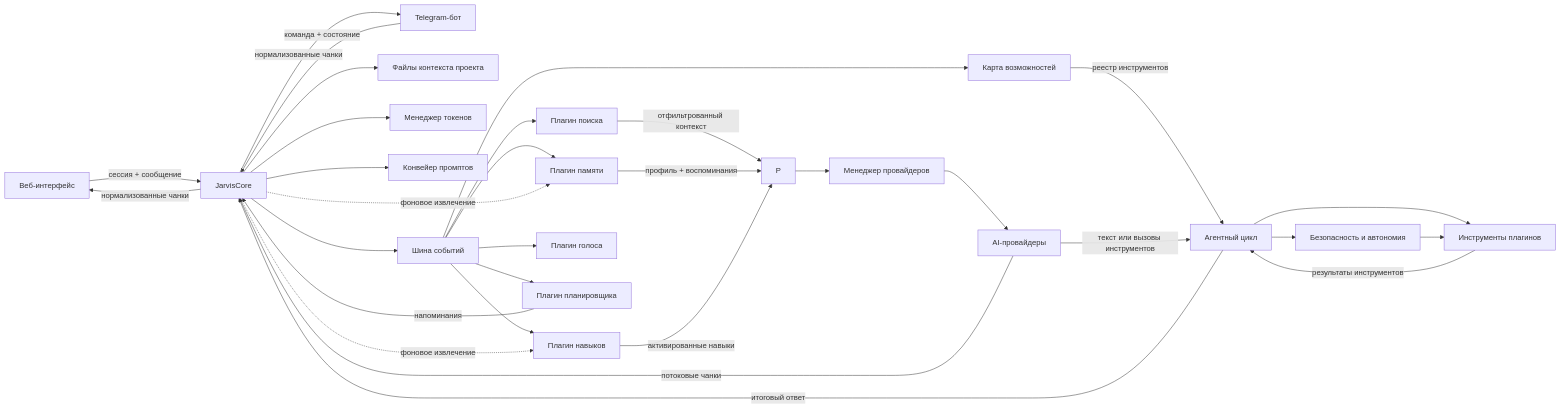
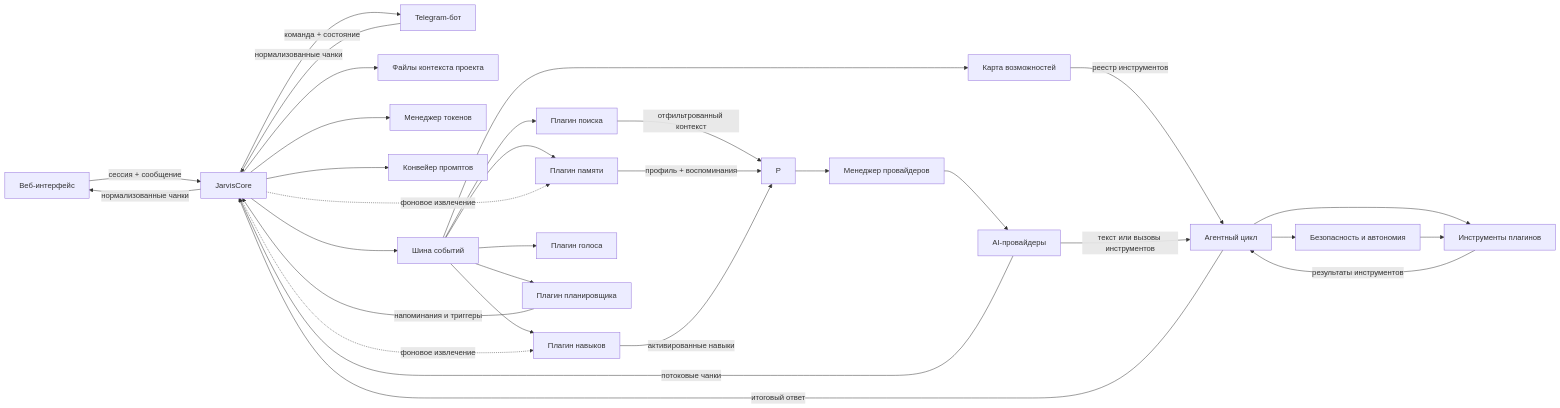
Before and after one commit to NWing1202/JARVIS-Case-Study: the diagram in docs/architecture.md, drawn with Mermaid. The commit also changed other lines of this file and 4 other files, not shown here.

````diff
--- a/docs/architecture.md
+++ b/docs/architecture.md
@@ -9,33 +9,33 @@
 ```mermaid
 flowchart LR
   W[Веб-интерфейс] -->|сессия + сообщение| C[JarvisCore]
   T[Telegram-бот] -->|команда + состояние| C
   C --> CF[Файлы контекста проекта]
   C --> TM[Менеджер токенов]
   C --> PP[Конвейер промптов]
   C --> EB[Шина событий]
   EB --> S[Плагин поиска]
   EB --> M[Плагин памяти]
   EB --> K[Плагин навыков]
   EB --> V[Плагин голоса]
   EB --> R[Плагин планировщика]
   EB --> G[Карта возможностей]
   S -->|отфильтрованный контекст| P
   M -->|профиль + воспоминания| P
   K -->|активированные навыки| P
-  R -->|напоминания| C
+  R -->|напоминания и триггеры| C
   G -->|реестр инструментов| AL
   P --> PM[Менеджер провайдеров]
   PM --> LP[AI-провайдеры]
   LP -->|текст или вызовы инструментов| AL[Агентный цикл]
   AL --> PL[Инструменты плагинов]
   PL -->|результаты инструментов| AL
   AL -->|итоговый ответ| C
   LP -->|потоковые чанки| C
   C -->|нормализованные чанки| W
   C -->|нормализованные чанки| T
   C -. фоновое извлечение .-> M
   C -. фоновое извлечение .-> K
   AL --> SG[Безопасность и автономия]
   SG --> PL
 ```
````
